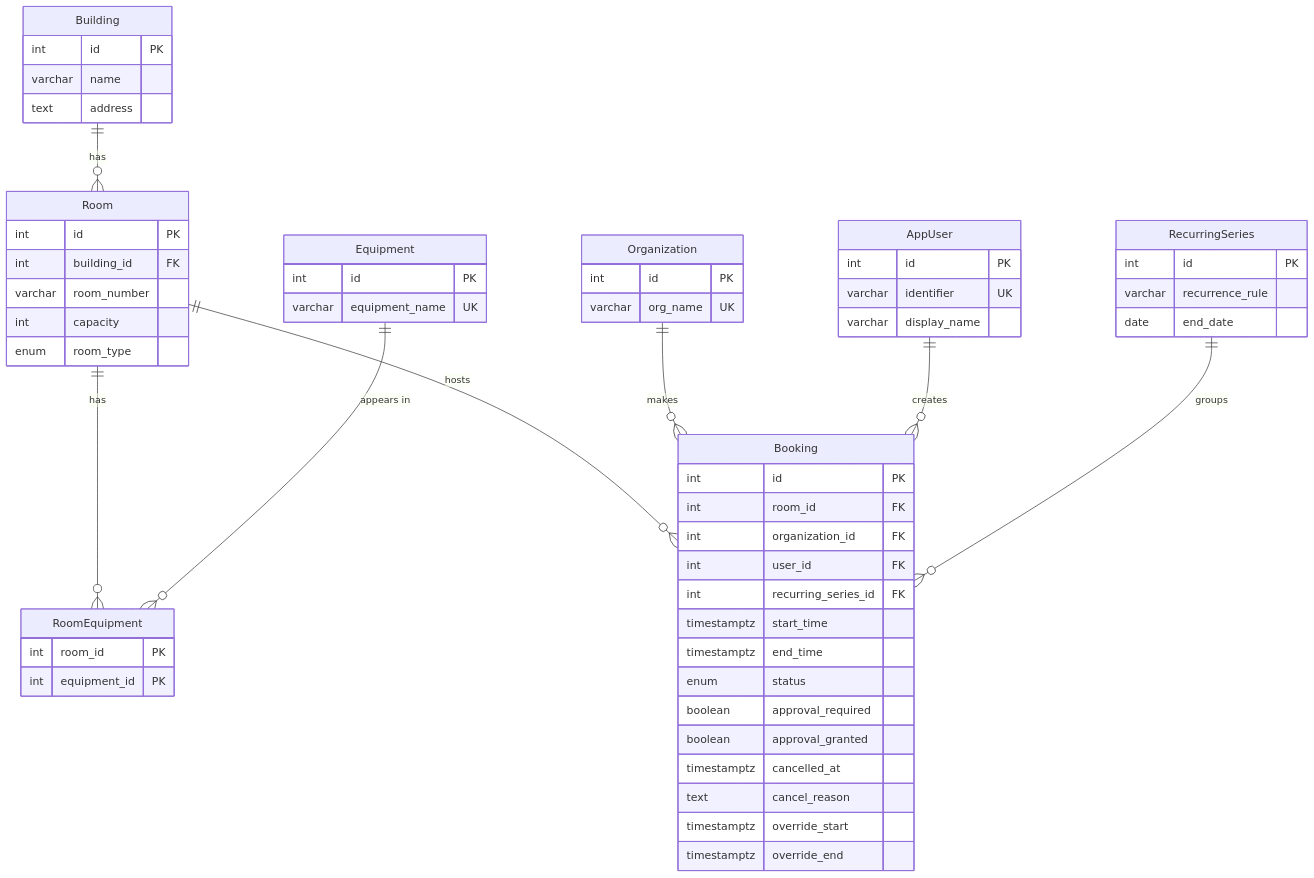
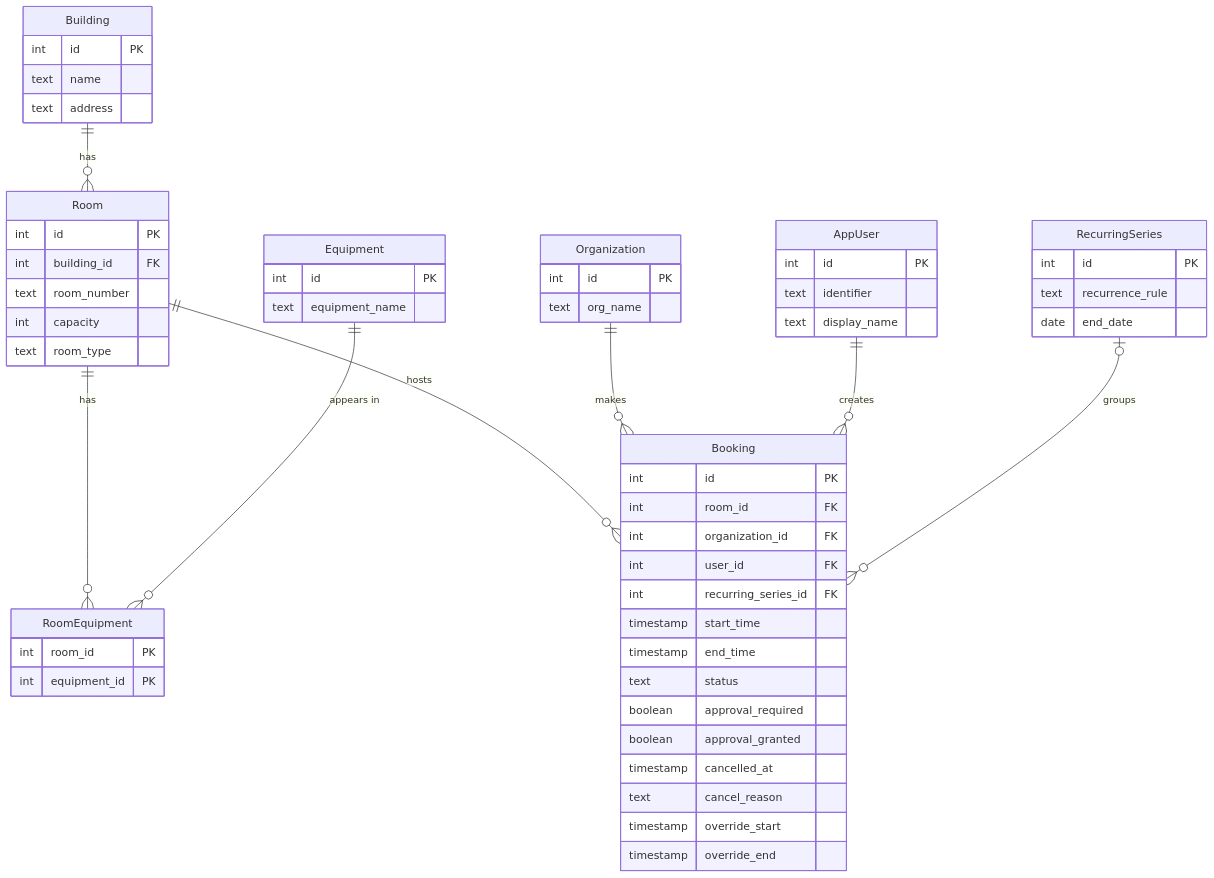
One commit to Mezzylane/CS_A1155_PROJECT changed the diagram in conceptual_model.md. Above: the diagram before and after it, drawn with Mermaid. The commit also changed other lines of this file, not shown here.

Commit message:
conceptual_model.md fix

````diff
--- a/conceptual_model.md
+++ b/conceptual_model.md
@@ -29,61 +26,60 @@
 ```mermaid
 erDiagram
     Building ||--o{ Room : "has"
     Room ||--o{ RoomEquipment : "has"
     Equipment ||--o{ RoomEquipment : "appears in"
     Room ||--o{ Booking : "hosts"
     Organization ||--o{ Booking : "makes"
     AppUser ||--o{ Booking : "creates"
-    RecurringSeries ||--o{ Booking : "groups"
-
+    RecurringSeries |o--o{ Booking : "groups"
     Building {
         int id PK
-        varchar name
+        text name
         text address
     }
     Room {
         int id PK
         int building_id FK
-        varchar room_number
+        text room_number
         int capacity
-        enum room_type
+        text room_type
     }
     Equipment {
         int id PK
-        varchar equipment_name UK
+        text equipment_name
     }
     RoomEquipment {
         int room_id PK
         int equipment_id PK
     }
     Organization {
         int id PK
-        varchar org_name UK
+        text org_name
     }
     AppUser {
         int id PK
-        varchar identifier UK
-        varchar display_name
+        text identifier
+        text display_name
     }
     RecurringSeries {
         int id PK
-        varchar recurrence_rule
+        text recurrence_rule
         date end_date
     }
     Booking {
         int id PK
         int room_id FK
         int organization_id FK
         int user_id FK
         int recurring_series_id FK
-        timestamptz start_time
-        timestamptz end_time
-        enum status
+        timestamp start_time
+        timestamp end_time
+        text status
         boolean approval_required
         boolean approval_granted
-        timestamptz cancelled_at
+        timestamp cancelled_at
         text cancel_reason
-        timestamptz override_start
-        timestamptz override_end
+        timestamp override_start
+        timestamp override_end
     }
 ```
````
